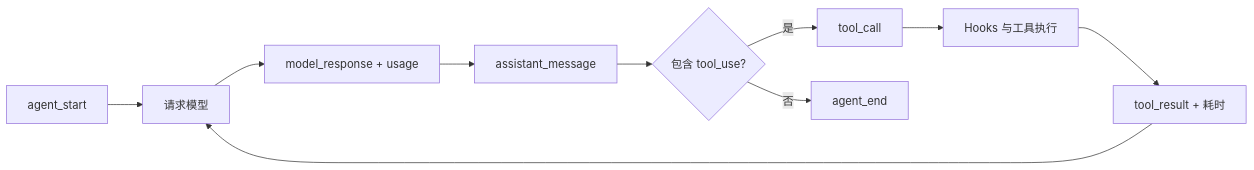
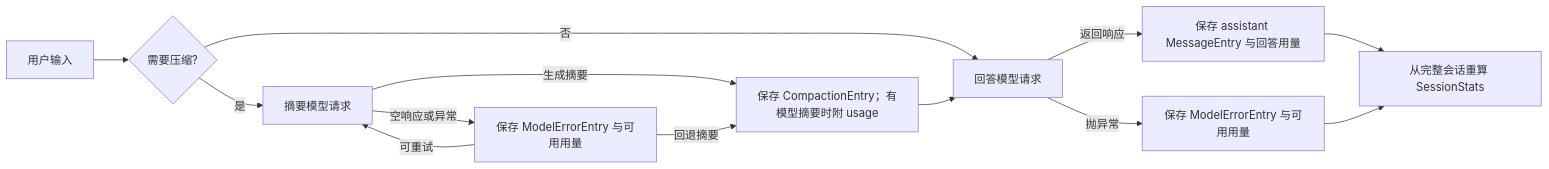
Before and after one commit to liuying151203-create/zero2pi: the first of 2 diagrams in s11_runtime_observability/README.md, drawn with Mermaid. The commit also changed other lines of this file and 2 other files, not shown here.

Commit message:
feat(s11): persist session usage with model records / 随模型记录持久化会话用量

````diff
--- a/s11_runtime_observability/README.md
+++ b/s11_runtime_observability/README.md
@@ -30,12 +35,15 @@
 ```mermaid
 flowchart LR
-    A[agent_start] --> B[请求模型]
-    B --> C[model_response + usage]
-    C --> D[assistant_message]
-    D --> E{包含 tool_use?}
-    E -- 是 --> F[tool_call]
-    F --> G[Hooks 与工具执行]
-    G --> H[tool_result + 耗时]
-    H --> B
-    E -- 否 --> I[agent_end]
+    A[用户输入] --> B{需要压缩?}
+    B -- 是 --> C[摘要模型请求]
+    C -- 生成摘要 --> D[保存 CompactionEntry；有模型摘要时附 usage]
+    C -- 空响应或异常 --> J[保存 ModelErrorEntry 与可用用量]
+    J -- 可重试 --> C
+    J -- 回退摘要 --> D
+    B -- 否 --> E[回答模型请求]
+    D --> E
+    E -- 返回响应 --> F[保存 assistant MessageEntry 与回答用量]
+    E -- 抛异常 --> G[保存 ModelErrorEntry 与可用用量]
+    F --> H[从完整会话重算 SessionStats]
+    G --> H
 ```
````
